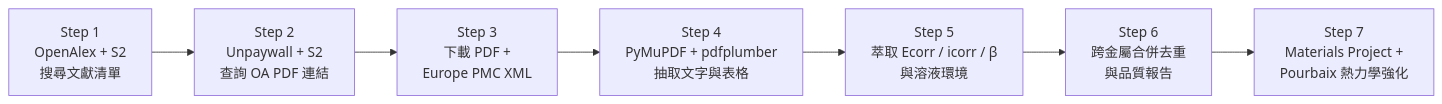
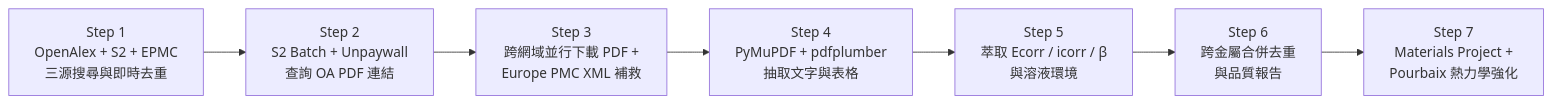
The diagram in README.md (MarkLin19941028/Tafel-mining), drawn with Mermaid before and after one commit. The commit also changed other lines of this file, not shown here.

````diff
--- a/README.md
+++ b/README.md
@@ -27,9 +27,9 @@
 ```mermaid
 flowchart LR
-    S1["Step 1<br/>OpenAlex + S2<br/>搜尋文獻清單"] --> S2["Step 2<br/>Unpaywall + S2<br/>查詢 OA PDF 連結"]
-    S2 --> S3["Step 3<br/>下載 PDF +<br/>Europe PMC XML"]
+    S1["Step 1<br/>OpenAlex + S2 + EPMC<br/>三源搜尋與即時去重"] --> S2["Step 2<br/>S2 Batch + Unpaywall<br/>查詢 OA PDF 連結"]
+    S2 --> S3["Step 3<br/>跨網域並行下載 PDF +<br/>Europe PMC XML 補救"]
     S3 --> S4["Step 4<br/>PyMuPDF + pdfplumber<br/>抽取文字與表格"]
     S4 --> S5["Step 5<br/>萃取 Ecorr / icorr / β<br/>與溶液環境"]
     S5 --> S6["Step 6<br/>跨金屬合併去重<br/>與品質報告"]
     S6 --> S7["Step 7<br/>Materials Project +<br/>Pourbaix 熱力學強化"]
 ```
````
